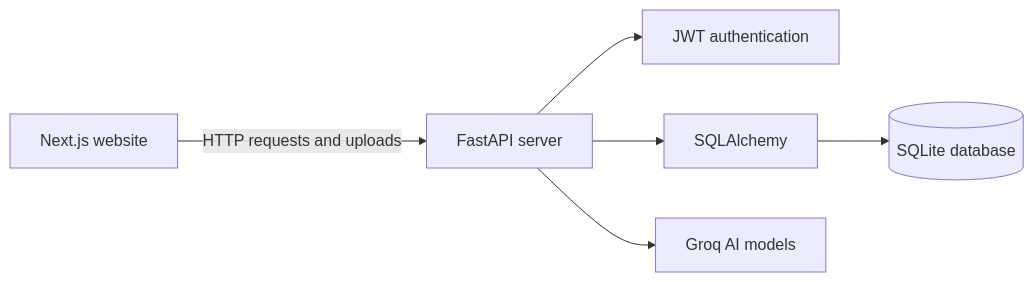
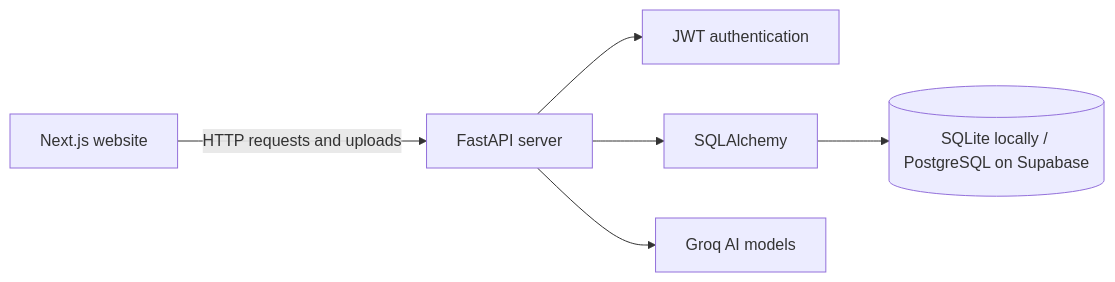
Before and after one commit to ujjwalkr7449/image_rag: the diagram in README.md, drawn with Mermaid. The commit also changed other lines of this file and 13 other files, not shown here.

````diff
--- a/README.md
+++ b/README.md
@@ -7,8 +7,8 @@
 ```mermaid
 flowchart LR
     Browser[Next.js website] -->|HTTP requests and uploads| API[FastAPI server]
     API --> Auth[JWT authentication]
     API --> SQLAlchemy[SQLAlchemy]
-    SQLAlchemy --> DB[(SQLite database)]
+    SQLAlchemy --> DB[(SQLite locally / PostgreSQL on Supabase)]
     API --> Groq[Groq AI models]
 ```
````
